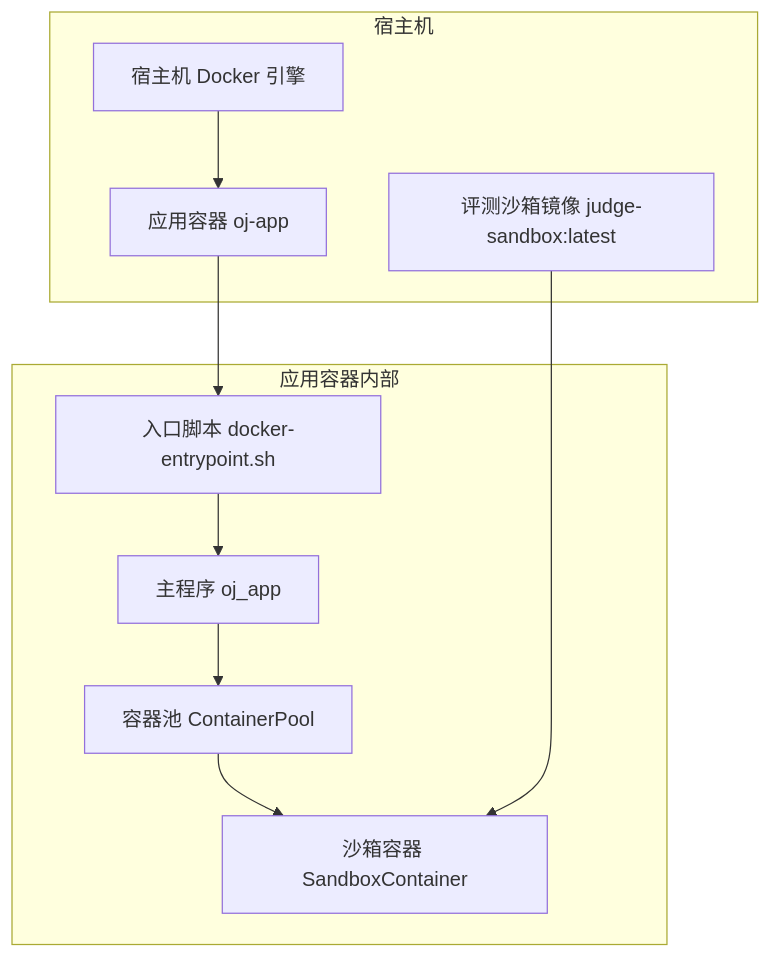
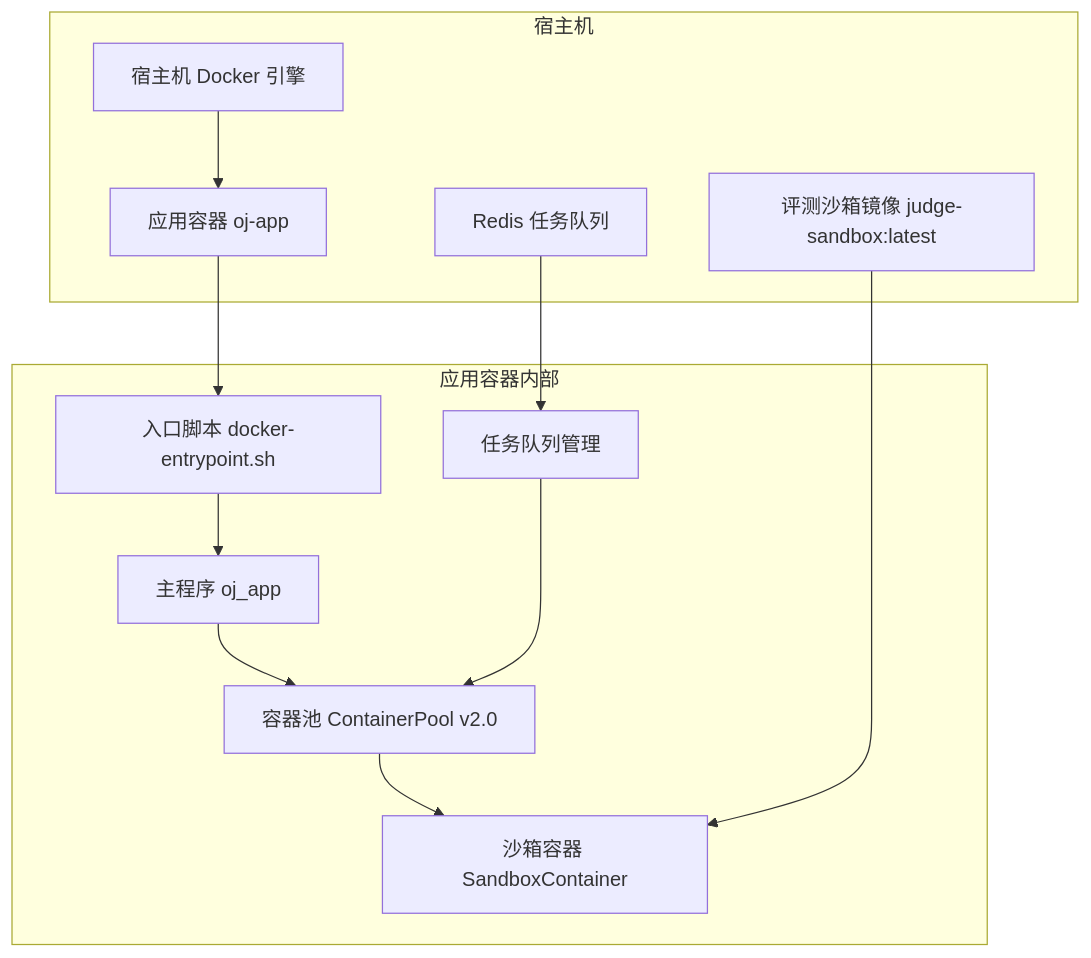
Before and after one commit to jinpeng900/OJ-Test: the first of 10 diagrams in .qoder/repowiki/zh/content/代码评测系统/容器化沙箱架构.md, drawn with Mermaid. The commit also changed other lines of this file and 8 other files, not shown here.

````diff
--- a/.qoder/repowiki/zh/content/代码评测系统/容器化沙箱架构.md
+++ b/.qoder/repowiki/zh/content/代码评测系统/容器化沙箱架构.md
@@ -38,20 +51,24 @@
 ```mermaid
 graph TB
 subgraph "宿主机"
 HostDocker["宿主机 Docker 引擎"]
 AppContainer["应用容器 oj-app"]
 SandboxImage["评测沙箱镜像 judge-sandbox:latest"]
+RedisQueue["Redis 任务队列"]
 end
 subgraph "应用容器内部"
 Entrypoint["入口脚本 docker-entrypoint.sh"]
 AppProc["主程序 oj_app"]
-Pool["容器池 ContainerPool"]
+Pool["容器池 ContainerPool v2.0"]
 Sandbox["沙箱容器 SandboxContainer"]
+Queue["任务队列管理"]
 end
 HostDocker --> AppContainer
 AppContainer --> Entrypoint
 Entrypoint --> AppProc
 AppProc --> Pool
 Pool --> Sandbox
 SandboxImage --> Sandbox
+RedisQueue --> Queue
+Queue --> Pool
 ```
````
